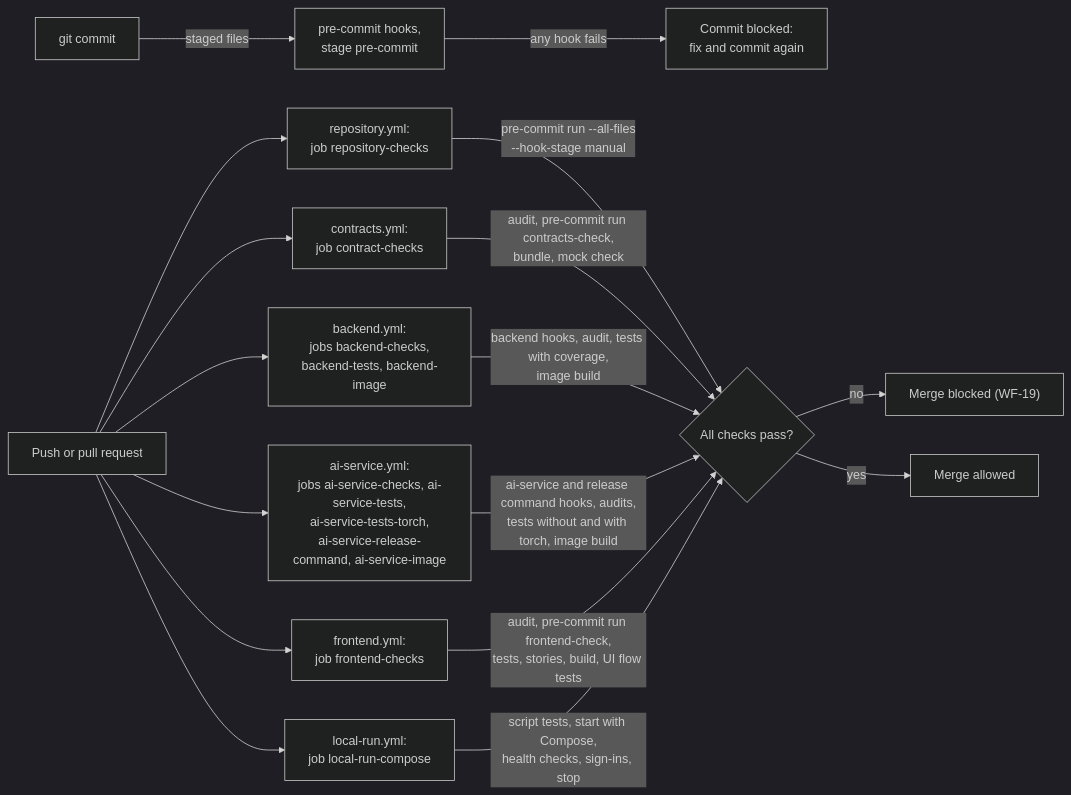
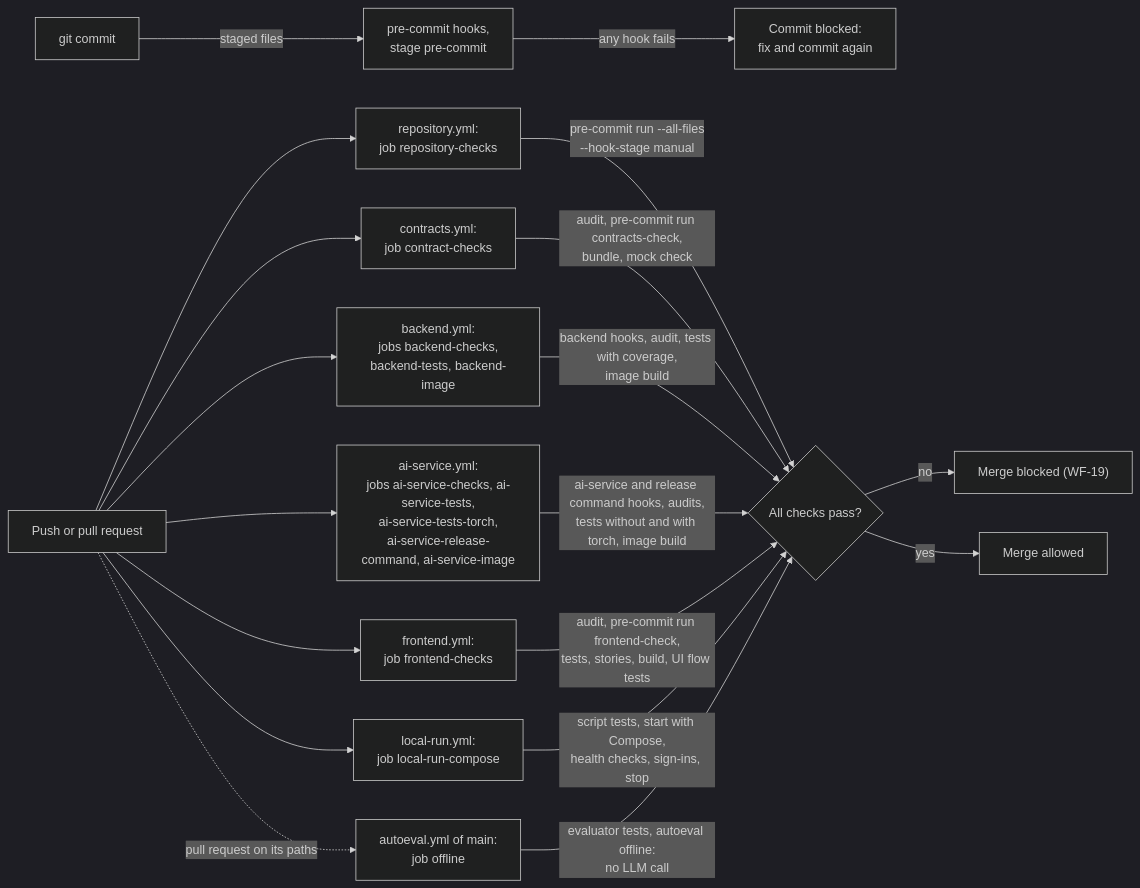
The first of 2 diagrams in docs/guides/repository-checks.md (ml-system-design-nhom-5/SupportIQ), drawn with Mermaid (dark theme) before and after one commit. The commit also changed other lines of this file and 17 other files, not shown here.

````diff
--- a/docs/guides/repository-checks.md
+++ b/docs/guides/repository-checks.md
@@ -11,19 +11,21 @@
 ```mermaid
 flowchart LR
     Commit["git commit"] -->|"staged files"| Hooks["pre-commit hooks,<br/>stage pre-commit"]
     Hooks -->|"any hook fails"| Blocked["Commit blocked:<br/>fix and commit again"]
     Push["Push or pull request"] --> Repo["repository.yml:<br/>job repository-checks"]
     Push --> Con["contracts.yml:<br/>job contract-checks"]
     Push --> Be["backend.yml:<br/>jobs backend-checks,<br/>backend-tests, backend-image"]
     Push --> Ai["ai-service.yml:<br/>jobs ai-service-checks, ai-service-tests,<br/>ai-service-tests-torch,<br/>ai-service-release-command, ai-service-image"]
     Push --> Fe["frontend.yml:<br/>job frontend-checks"]
     Push --> Lr["local-run.yml:<br/>job local-run-compose"]
+    Push -.->|"pull request on its paths"| Ae["autoeval.yml of main:<br/>job offline"]
     Repo -->|"pre-commit run --all-files<br/>--hook-stage manual"| Result{"All checks pass?"}
     Con -->|"audit, pre-commit run contracts-check,<br/>bundle, mock check"| Result
     Be -->|"backend hooks, audit, tests with coverage,<br/>image build"| Result
     Ai -->|"ai-service and release command hooks, audits,<br/>tests without and with torch, image build"| Result
     Fe -->|"audit, pre-commit run frontend-check,<br/>tests, stories, build, UI flow tests"| Result
     Lr -->|"script tests, start with Compose,<br/>health checks, sign-ins, stop"| Result
+    Ae -->|"evaluator tests, autoeval offline:<br/>no LLM call"| Result
     Result -->|"no"| Red["Merge blocked (WF-19)"]
     Result -->|"yes"| Green["Merge allowed"]
 ```
````
